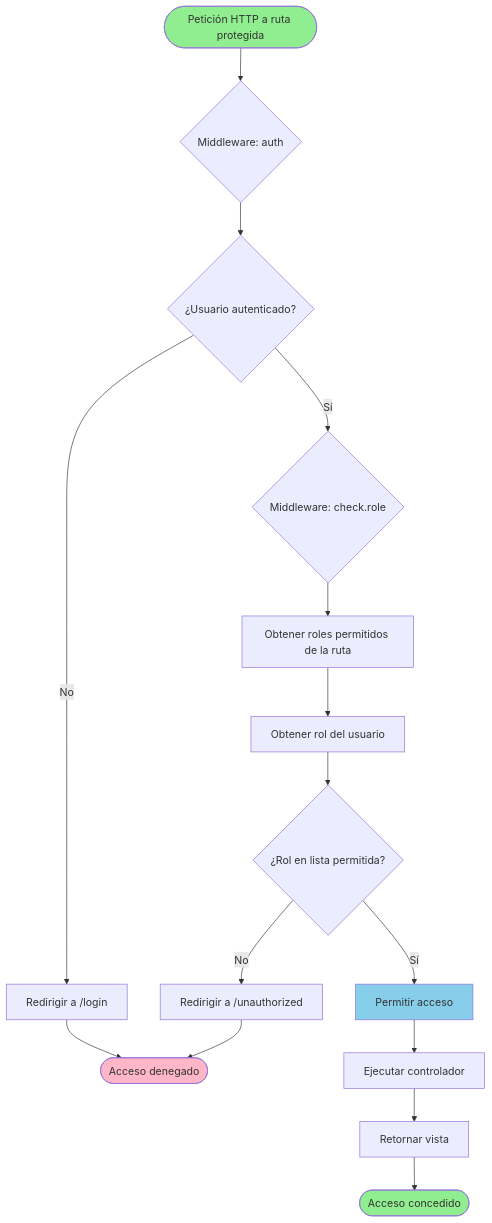
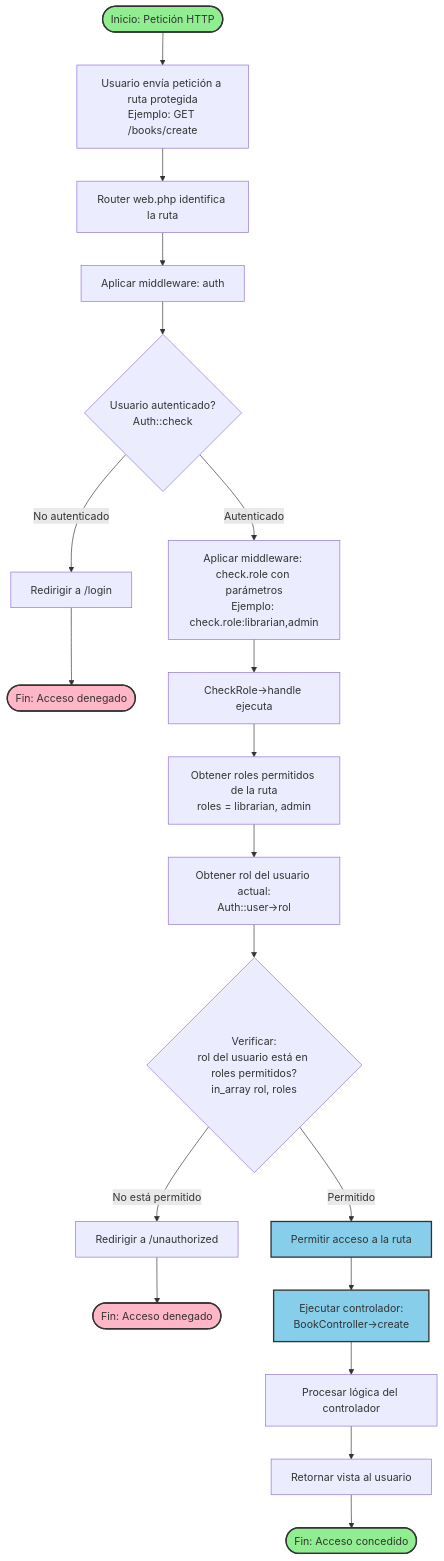
Before and after one commit to CristoferGuillen/BiblioTech: the seventh of 15 diagrams in DIAGRAMAS.md, drawn with Mermaid. The commit also changed other lines of this file, not shown here.

Commit message:
fix: corrige diagramas con información real y todo en español

````diff
--- a/DIAGRAMAS.md
+++ b/DIAGRAMAS.md
@@ -292,26 +345,35 @@
 ```mermaid
 flowchart TD
-    Start([Petición HTTP a ruta protegida]) --> MiddlewareAuth{Middleware: auth}
+    A([Inicio: Petición HTTP]) --> B[Usuario envía petición a ruta protegida<br/>Ejemplo: GET /books/create]
+    B --> C[Router web.php identifica la ruta]
+    C --> D[Aplicar middleware: auth]
     
-    MiddlewareAuth --> IsAuthenticated{¿Usuario autenticado?}
-    IsAuthenticated -->|No| RedirectLogin[Redirigir a /login]
-    RedirectLogin --> End([Acceso denegado])
+    D --> E{Usuario autenticado?<br/>Auth::check}
     
-    IsAuthenticated -->|Sí| MiddlewareRole{Middleware: check.role}
-    MiddlewareRole --> GetRoles[Obtener roles permitidos de la ruta]
-    GetRoles --> GetUserRole[Obtener rol del usuario]
+    E -->|No autenticado| F[Redirigir a /login]
+    F --> G([Fin: Acceso denegado])
     
-    GetUserRole --> CheckRole{¿Rol en lista permitida?}
-    CheckRole -->|No| RedirectUnauth[Redirigir a /unauthorized]
-    RedirectUnauth --> End
+    E -->|Autenticado| H[Aplicar middleware: check.role con parámetros<br/>Ejemplo: check.role:librarian,admin]
+    H --> I[CheckRole->handle ejecuta]
+    I --> J[Obtener roles permitidos de la ruta<br/>roles = librarian, admin]
+    J --> K[Obtener rol del usuario actual:<br/>Auth::user->rol]
     
-    CheckRole -->|Sí| AllowAccess[Permitir acceso]
-    AllowAccess --> ExecuteController[Ejecutar controlador]
-    ExecuteController --> ReturnView[Retornar vista]
-    ReturnView --> EndSuccess([Acceso concedido])
+    K --> L{Verificar:<br/>rol del usuario está en roles permitidos?<br/>in_array rol, roles}
+    
+    L -->|No está permitido| M[Redirigir a /unauthorized]
+    M --> N([Fin: Acceso denegado])
+    
+    L -->|Permitido| O[Permitir acceso a la ruta]
+    O --> P[Ejecutar controlador:<br/>BookController->create]
+    P --> Q[Procesar lógica del controlador]
+    Q --> R[Retornar vista al usuario]
+    
+    R --> S([Fin: Acceso concedido])
 
-    style Start fill:#90EE90
-    style EndSuccess fill:#90EE90
-    style End fill:#FFB6C6
-    style AllowAccess fill:#87CEEB
+    style A fill:#90EE90,stroke:#333,stroke-width:2px
+    style S fill:#90EE90,stroke:#333,stroke-width:2px
+    style G fill:#FFB6C6,stroke:#333,stroke-width:2px
+    style N fill:#FFB6C6,stroke:#333,stroke-width:2px
+    style O fill:#87CEEB,stroke:#333,stroke-width:2px
+    style P fill:#87CEEB,stroke:#333,stroke-width:2px
 ```
````
